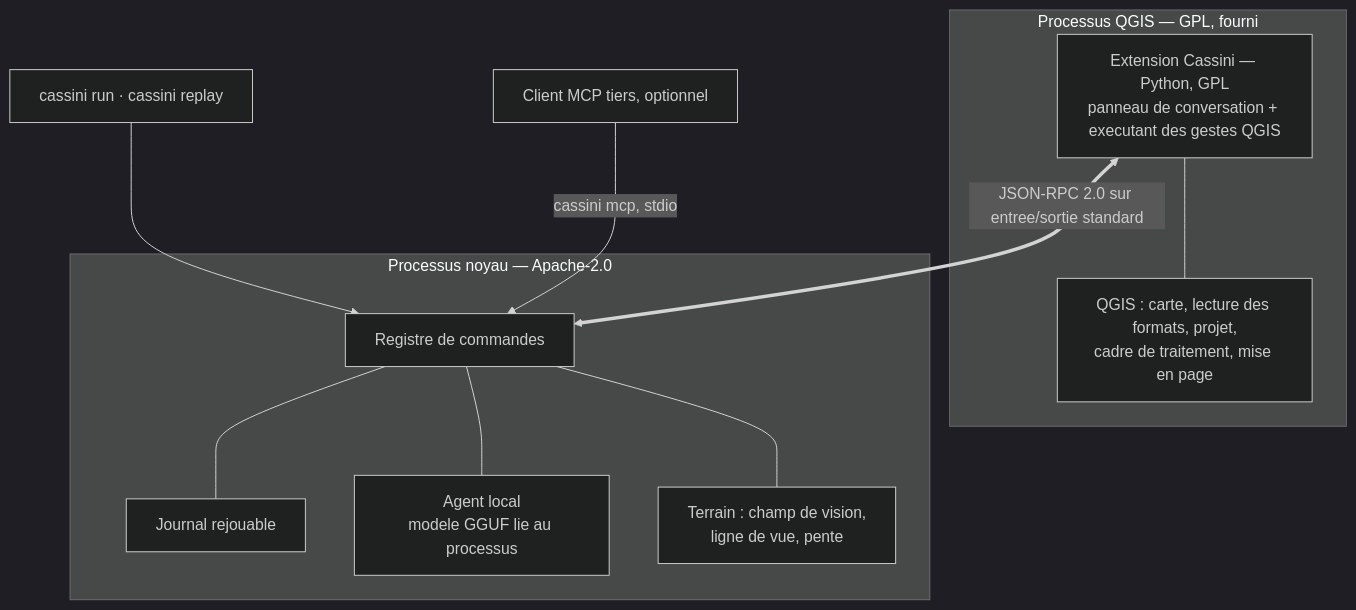
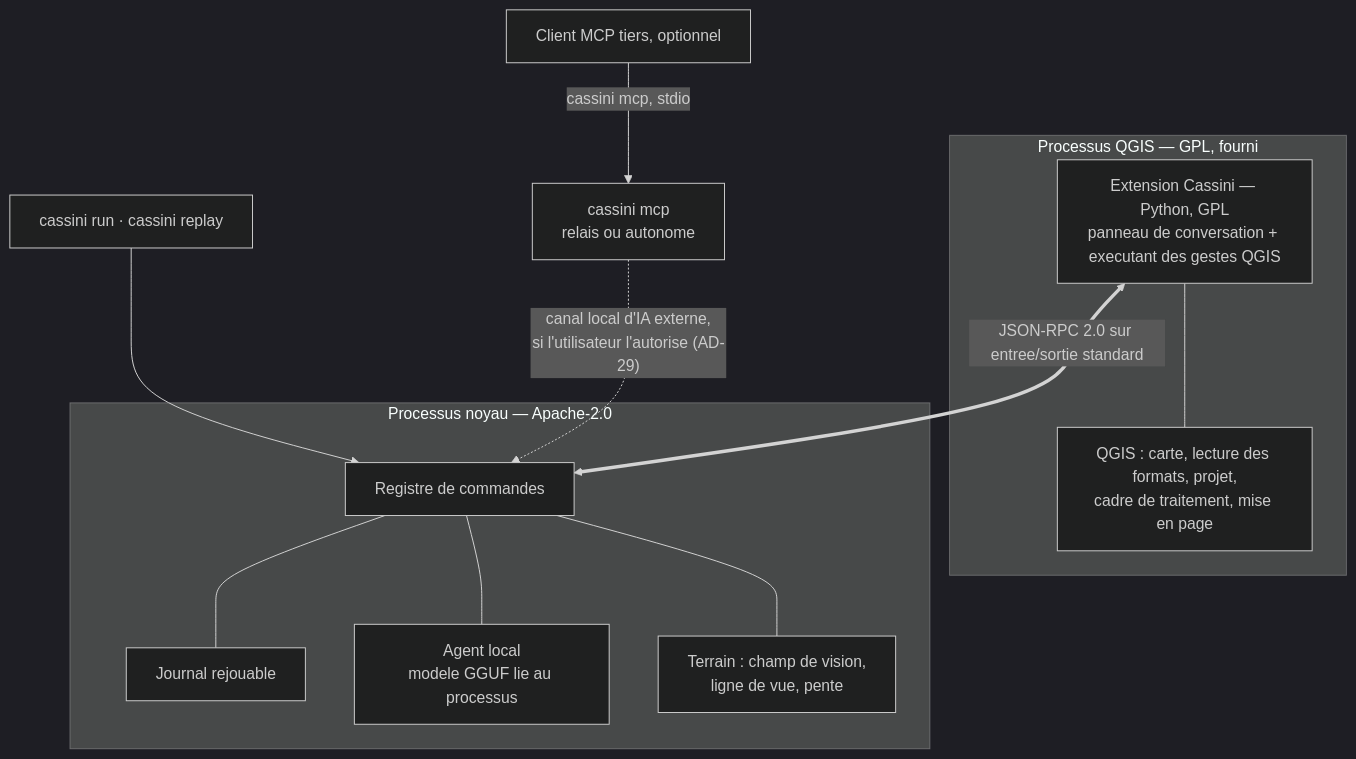
The second of 4 diagrams in _bmad-output/initiative-cassini-mvp/architecture-noyau-et-facade-qgis/architecture-noyau-et-facade-qgis.md (Kevzi/cassini-gis), drawn with Mermaid (dark theme) before and after one commit. The commit also changed other lines of this file and 7 other files, not shown here.

First line of the commit message:
docs(architecture): AD-29, une IA externe pilote la session QGIS ouverte par relais

````diff
--- a/_bmad-output/initiative-cassini-mvp/architecture-noyau-et-facade-qgis/architecture-noyau-et-facade-qgis.md
+++ b/_bmad-output/initiative-cassini-mvp/architecture-noyau-et-facade-qgis/architecture-noyau-et-facade-qgis.md
@@ -621,22 +722,23 @@
 ```mermaid
 flowchart TB
   subgraph PQGIS["Processus QGIS — GPL, fourni"]
     QG["QGIS : carte, lecture des formats, projet,<br/>cadre de traitement, mise en page"]
     EXT["Extension Cassini — Python, GPL<br/>panneau de conversation + executant des gestes QGIS"]
   end
   subgraph PNOYAU["Processus noyau — Apache-2.0"]
     REG["Registre de commandes"]
     JRN["Journal rejouable"]
     AGT["Agent local<br/>modele GGUF lie au processus"]
     TER["Terrain : champ de vision,<br/>ligne de vue, pente"]
   end
   CLI["cassini run · cassini replay"]
   MCP["Client MCP tiers, optionnel"]
   EXT <== "JSON-RPC 2.0 sur entree/sortie standard" ==> REG
   EXT --- QG
   REG --- JRN
   REG --- AGT
   REG --- TER
   CLI --> REG
-  MCP -- "cassini mcp, stdio" --> REG
+  MCP -- "cassini mcp, stdio" --> RELAIS["cassini mcp<br/>relais ou autonome"]
+  RELAIS -. "canal local d'IA externe,<br/>si l'utilisateur l'autorise (AD-29)" .-> REG
 ```
````
